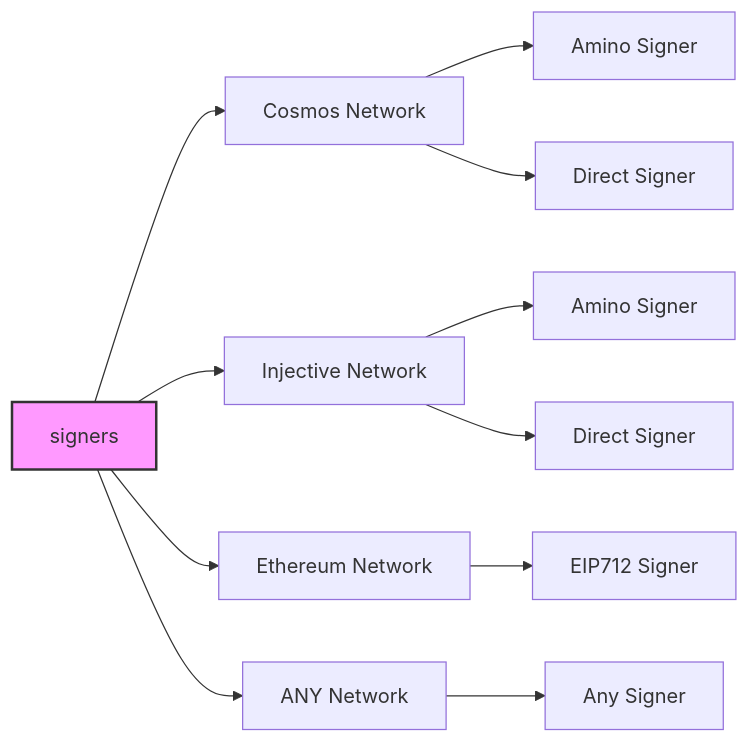
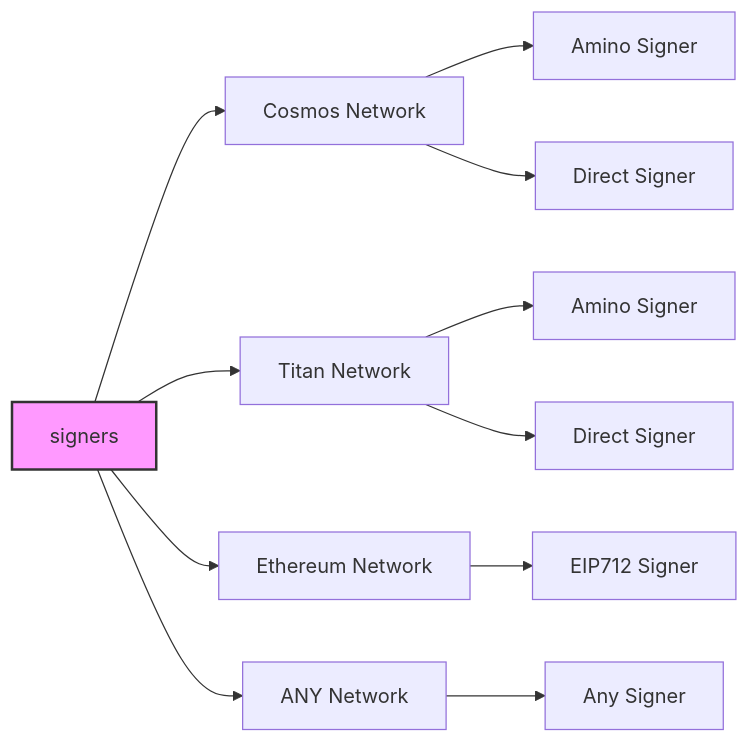
Before and after one commit to cyberk-lab/TitanJS: the first of 2 diagrams in readme.md, drawn with Mermaid.

Commit message:
update the charts

````diff
--- a/readme.md
+++ b/readme.md
@@ -26,19 +26,19 @@
 ```mermaid
 graph LR
     signers --> cosmos_signer["Cosmos Network"]
-    signers --> injective_signer["Injective Network"]
+    signers --> Titan_signer["Titan Network"]
     signers --> ethereum_signer["Ethereum Network"]
     signers --> implement_signer["ANY Network"]
 
     cosmos_signer --> cosmos_amino["Amino Signer"]
     cosmos_signer --> cosmos_direct["Direct Signer"]
 
     ethereum_signer --> ethereum_eip712["EIP712 Signer"]
 
-    injective_signer --> injective_amino["Amino Signer"]
-    injective_signer --> injective_direct["Direct Signer"]
+    Titan_signer --> Titan_amino["Amino Signer"]
+    Titan_signer --> Titan_direct["Direct Signer"]
 
     implement_signer --> any_signer["Any Signer"]
 
     style signers fill:#f9f,stroke:#333,stroke-width:2px
 ```
````
